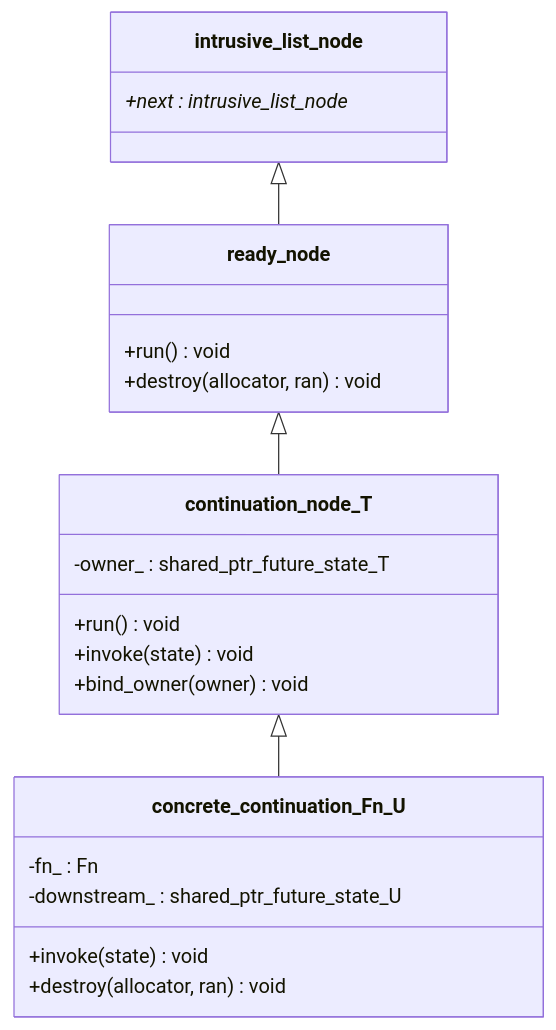
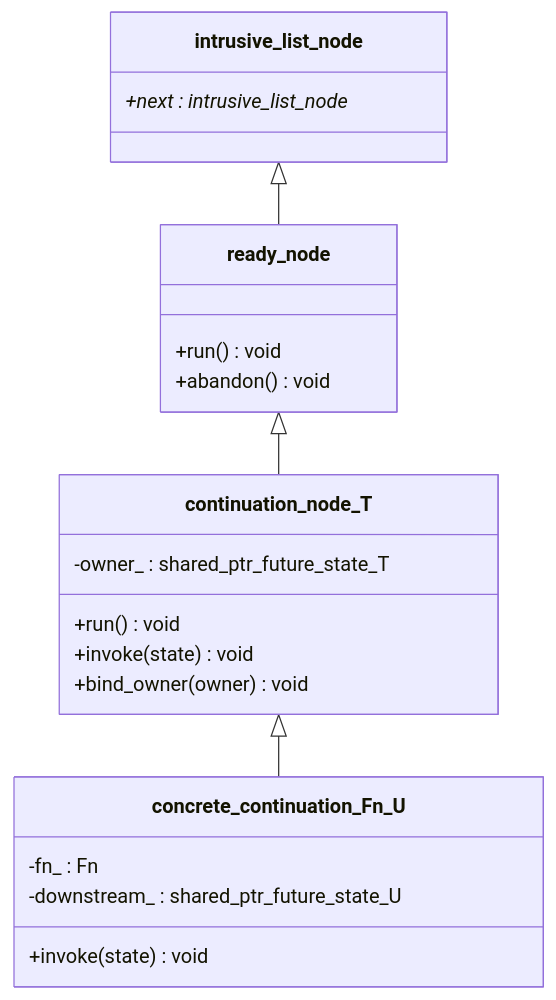
Before and after one commit to andijcr/async_experiments: the first of 2 diagrams in docs/wiki/Continuation-Node-Mechanism.md, drawn with Mermaid. The commit also changed other lines of this file and 10 other files, not shown here.

First line of the commit message:
Replace ready_node/timer_node::destroy(allocator, ran) with a virtual destructor + abandon()

````diff
--- a/docs/wiki/Continuation-Node-Mechanism.md
+++ b/docs/wiki/Continuation-Node-Mechanism.md
@@ -12,25 +12,24 @@
 ```mermaid
 classDiagram
   class intrusive_list_node {
     +next : intrusive_list_node*
   }
   class ready_node {
     +run() void
-    +destroy(allocator, ran) void
+    +abandon() void
   }
   class continuation_node_T {
     -owner_ : shared_ptr_future_state_T
     +run() void
     +invoke(state) void
     +bind_owner(owner) void
   }
   class concrete_continuation_Fn_U {
     -fn_ : Fn
     -downstream_ : shared_ptr_future_state_U
     +invoke(state) void
-    +destroy(allocator, ran) void
   }
   intrusive_list_node <|-- ready_node
   ready_node <|-- continuation_node_T
   continuation_node_T <|-- concrete_continuation_Fn_U
 ```
````
